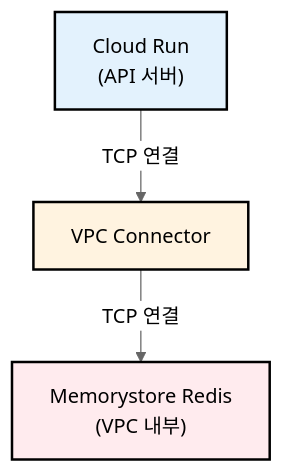
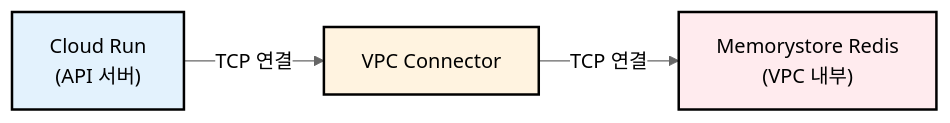
The fourth of 18 diagrams in content/post/Network/bullmq-cloud-run-vpc-idle-timeout.md (yumin00/blog), drawn with Mermaid (neutral theme) before and after one commit. The commit also changed other lines of this file, not shown here.

````diff
--- a/content/post/Network/bullmq-cloud-run-vpc-idle-timeout.md
+++ b/content/post/Network/bullmq-cloud-run-vpc-idle-timeout.md
@@ -102,9 +139,9 @@
 ```mermaid
-flowchart TD
+flowchart LR
     CR["Cloud Run<br/>(API 서버)"] -->|TCP 연결| VPC["VPC Connector"]
     VPC -->|TCP 연결| RD["Memorystore Redis<br/>(VPC 내부)"]
 
     style CR fill:#e3f2fd,stroke:#000,stroke-width:2px
     style VPC fill:#fff3e0,stroke:#000,stroke-width:2px
     style RD fill:#ffebee,stroke:#000,stroke-width:2px
 ```
````
